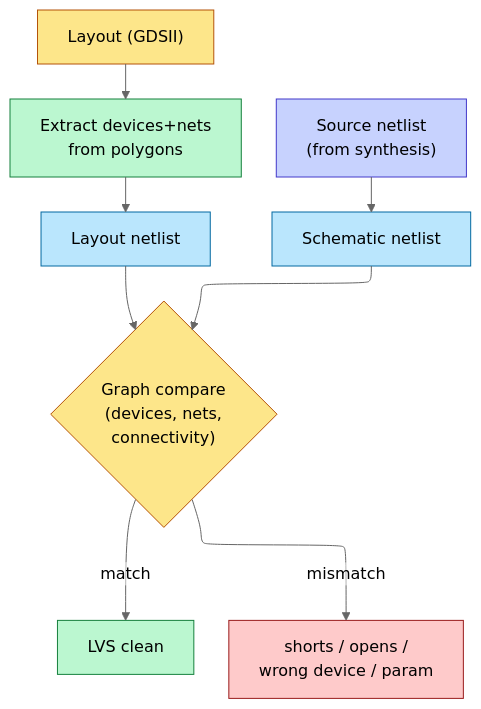
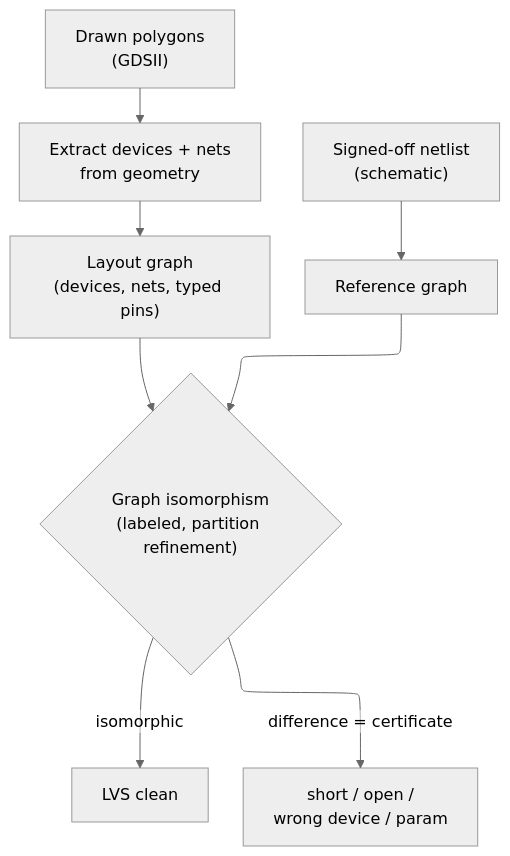
The first of 2 diagrams in 06_Signoff/03_Physical_Verification_DRC_LVS.md (Wty2003328/silicon-design-notebook), drawn with Mermaid (neutral theme) before and after one commit. The commit also changed other lines of this file and 22 other files, not shown here.

Commit message:
Concept-first hard rework complete: all 48 architecture/design pages (trimmed signal dumps; added trade-off analysis + theoretical depth)

````diff
--- a/06_Signoff/03_Physical_Verification_DRC_LVS.md
+++ b/06_Signoff/03_Physical_Verification_DRC_LVS.md
@@ -83,18 +111,11 @@
 ```mermaid
-%%{init: {"flowchart": {"defaultRenderer": "elk", "nodeSpacing": 60, "rankSpacing": 60, "htmlLabels": false}}}%%
+%%{init: {"flowchart": {"defaultRenderer": "elk", "nodeSpacing": 55, "rankSpacing": 55, "htmlLabels": false}}}%%
 flowchart TD
-    LAY["Layout (GDSII)"]:::a --> EXT["Extract devices+nets<br/>from polygons"]:::b
-    EXT --> NL1["Layout netlist"]:::c
-    SCH["Source netlist<br/>(from synthesis)"]:::d --> NL2["Schematic netlist"]:::c
-    NL1 --> CMP{"Graph compare<br/>(devices, nets,<br/>connectivity)"}:::e
-    NL2 --> CMP
-    CMP -->|match| OK["LVS clean"]:::ok
-    CMP -->|mismatch| BAD["shorts / opens /<br/>wrong device / param"]:::bad
-    classDef a fill:#fde68a,stroke:#b45309,color:#000
-    classDef b fill:#bbf7d0,stroke:#15803d,color:#000
-    classDef c fill:#bae6fd,stroke:#0369a1,color:#000
-    classDef d fill:#c7d2fe,stroke:#4338ca,color:#000
-    classDef e fill:#fde68a,stroke:#b45309,color:#000
-    classDef ok fill:#bbf7d0,stroke:#15803d,color:#000
-    classDef bad fill:#fecaca,stroke:#991b1b,color:#000
+    LAY["Drawn polygons\n(GDSII)"] --> EXT["Extract devices + nets\nfrom geometry"]
+    EXT --> GL["Layout graph\n(devices, nets, typed pins)"]
+    NL["Signed-off netlist\n(schematic)"] --> GS["Reference graph"]
+    GL --> CMP{"Graph isomorphism\n(labeled, partition refinement)"}
+    GS --> CMP
+    CMP -->|isomorphic| OK["LVS clean"]
+    CMP -->|difference = certificate| BAD["short / open /\nwrong device / param"]
 ```
````
